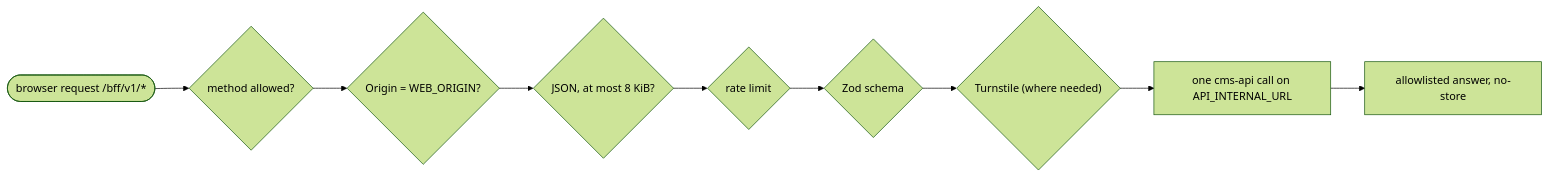
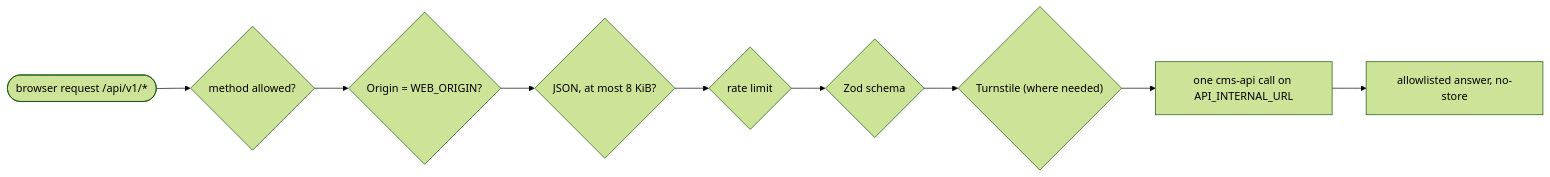
Before and after one commit to hungnh1812dev/project-me: the diagram in docs/apps/web/FLOW.md, drawn with Mermaid (forest theme). The commit also changed other lines of this file and 13 other files, not shown here.

First line of the commit message:
docs(spec): rename the web BFF path to /api/v1

````diff
--- a/docs/apps/web/FLOW.md
+++ b/docs/apps/web/FLOW.md
@@ -25,11 +25,11 @@
 ```mermaid
 flowchart LR
-  req(["browser request /bff/v1/*"]) --> m{"method allowed?"}
+  req(["browser request /api/v1/*"]) --> m{"method allowed?"}
   m --> o{"Origin = WEB_ORIGIN?"}
   o --> b{"JSON, at most 8 KiB?"}
   b --> rl{"rate limit"}
   rl --> z{"Zod schema"}
   z --> t{"Turnstile (where needed)"}
   t --> up["one cms-api call on API_INTERNAL_URL"]
   up --> ans["allowlisted answer, no-store"]
 ```
````
